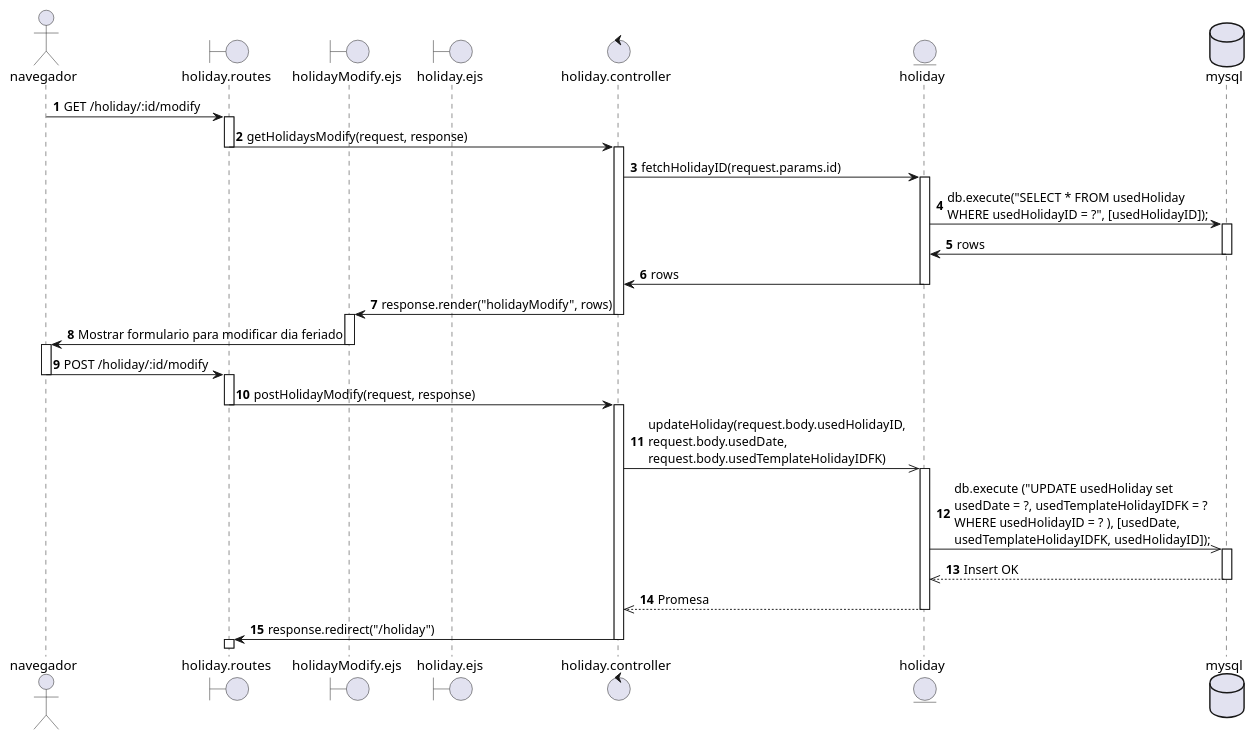
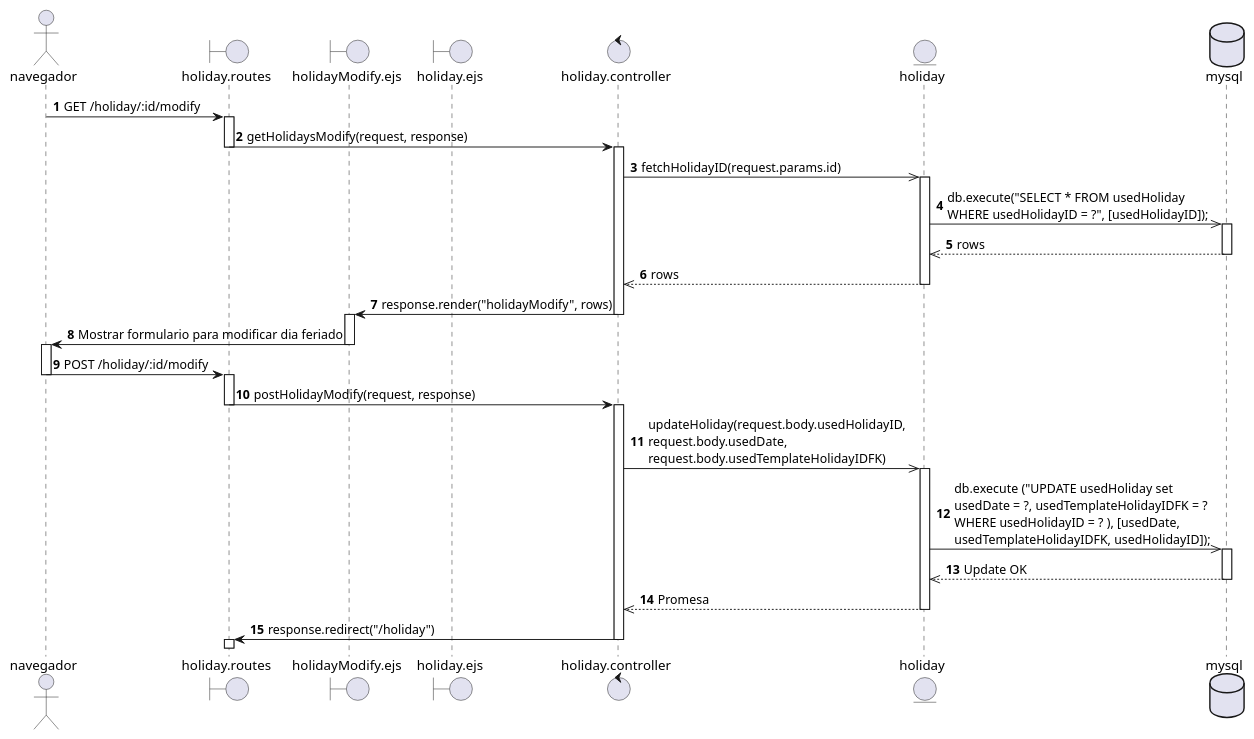
One commit to EdCanCe/WorkCells changed the diagram in diagrams/Casos de Uso/CU Emilio/DS/CU30.puml. Above: the diagram before and after it, drawn with PlantUML.

Commit message:
Correccion de formato de diagrama de secuencia CU30

```diff
--- a/diagrams/Casos de Uso/CU Emilio/DS/CU30.puml
+++ b/diagrams/Casos de Uso/CU Emilio/DS/CU30.puml
@@ -1,60 +1,60 @@
 @startuml CU30 - Superadmin modifica dia feriado
 actor navegador
 boundary holiday.routes
 boundary holidayModify.ejs
 boundary holiday.ejs
 control holiday.controller
 entity holiday
 database mysql
 
 autonumber
 navegador -> holiday.routes : GET /holiday/:id/modify
 activate holiday.routes
 
 holiday.routes -> holiday.controller: getHolidaysModify(request, response)
 deactivate holiday.routes
 activate holiday.controller
 
-holiday.controller -> holiday: fetchHolidayID(request.params.id)
+holiday.controller ->> holiday: fetchHolidayID(request.params.id)
 activate holiday
 
-holiday -> mysql: db.execute("SELECT * FROM usedHoliday \nWHERE usedHolidayID = ?", [usedHolidayID]);
+holiday ->> mysql: db.execute("SELECT * FROM usedHoliday \nWHERE usedHolidayID = ?", [usedHolidayID]);
 activate mysql
-mysql -> holiday: rows
+mysql -->> holiday: rows
 deactivate mysql
 
-holiday -> holiday.controller: rows
+holiday -->> holiday.controller: rows
 deactivate holiday
 
 holiday.controller -> holidayModify.ejs: response.render("holidayModify", rows)
 deactivate holiday.controller
 activate holidayModify.ejs
 
 holidayModify.ejs -> navegador : Mostrar formulario para modificar dia feriado
 deactivate holidayModify.ejs
 activate navegador
 
 navegador -> holiday.routes : POST /holiday/:id/modify
 deactivate navegador
 activate holiday.routes
 
 holiday.routes -> holiday.controller : postHolidayModify(request, response)
 deactivate holiday.routes
 activate holiday.controller
 
 holiday.controller ->> holiday : updateHoliday(request.body.usedHolidayID, \nrequest.body.usedDate, \nrequest.body.usedTemplateHolidayIDFK)
 activate holiday
 
 holiday ->> mysql : db.execute ("UPDATE usedHoliday set \nusedDate = ?, usedTemplateHolidayIDFK = ? \nWHERE usedHolidayID = ? ), [usedDate, \nusedTemplateHolidayIDFK, usedHolidayID]);
 activate mysql
-mysql -->> holiday : Insert OK
+mysql -->> holiday : Update OK
 deactivate mysql
 holiday -->> holiday.controller : Promesa
 deactivate holiday
 
 holiday.controller -> holiday.routes : response.redirect("/holiday")
 deactivate holiday.controller
 activate holiday.routes
 deactivate holiday.routes
 
 @enduml
```
